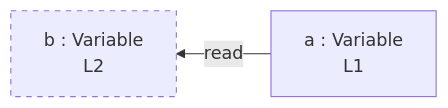
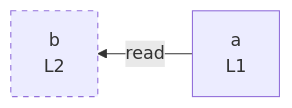
One commit to crescware/unsnarl changed the diagram in integration/fixtures/minimal-const-array/preview.md. Above: the diagram before and after it, drawn with Mermaid. The commit also changed 27 other files, not shown here.

First line of the commit message:
refactor(mermaid): drop ": Variable" noise, decorate kinds inline

````diff
--- a/integration/fixtures/minimal-const-array/preview.md
+++ b/integration/fixtures/minimal-const-array/preview.md
@@ -12,8 +12,8 @@
 ```mermaid
 flowchart RL
-  n_scope_0_a_6["a : Variable<br/>L1"]
-  n_scope_0_b_21["b : Variable<br/>L2"]
+  n_scope_0_a_6["a<br/>L1"]
+  n_scope_0_b_21["b<br/>L2"]
   n_scope_0_a_6 -->|read| n_scope_0_b_21
   classDef unused stroke-dasharray: 5 5;
   class n_scope_0_b_21 unused;
 ```
````
